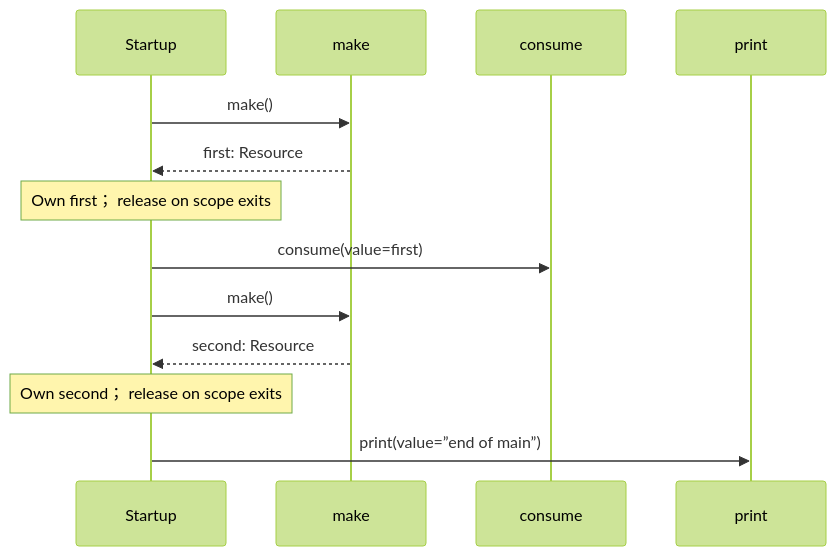
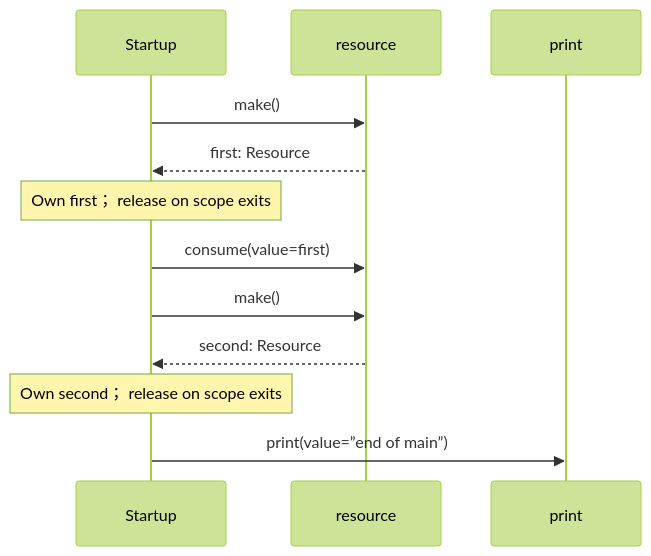
Before and after one commit to GreenPandaStudios/augscript: the second of 2 diagrams in docs/examples/ownership-transfer/main-diagrams.md, drawn with Mermaid (forest theme). The commit also changed 200 other files, not shown here.

Commit message:
Group imported operations and wrap readable sequence messages

````diff
--- a/docs/examples/ownership-transfer/main-diagrams.md
+++ b/docs/examples/ownership-transfer/main-diagrams.md
@@ -41,15 +41,14 @@
 ```mermaid
 sequenceDiagram
     participant p0 as Startup
-    participant p1 as make
-    participant p2 as consume
-    participant p3 as print
+    participant p1 as resource
+    participant p2 as print
     p0->>p1: make()
     p1-->>p0: first: Resource
     Note over p0: Own first； release on scope exits
-    p0->>p2: consume(value=first)
+    p0->>p1: consume(value=first)
     p0->>p1: make()
     p1-->>p0: second: Resource
     Note over p0: Own second； release on scope exits
-    p0->>p3: print(value=”end of main”)
+    p0->>p2: print(value=”end of main”)
 ```
````
